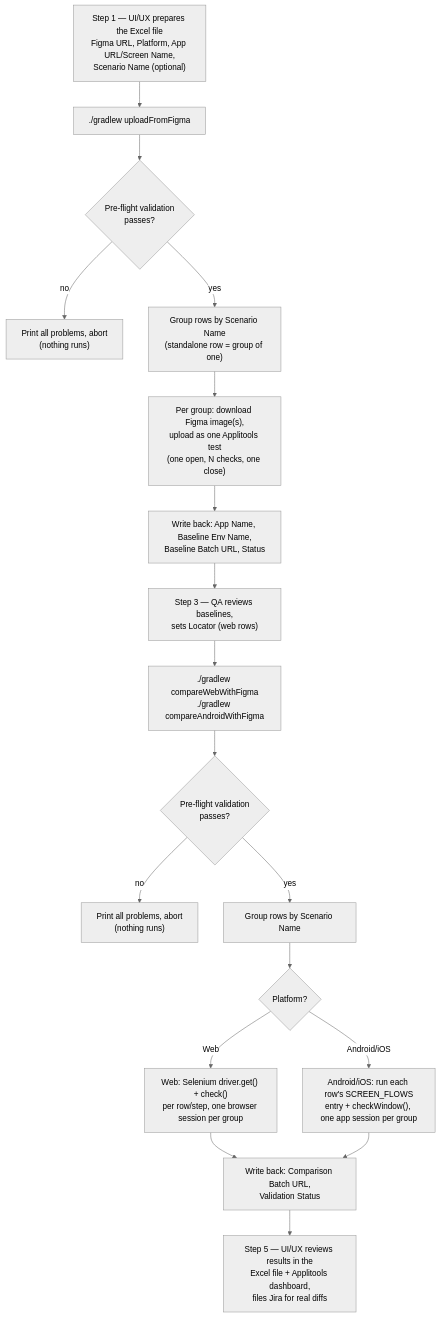
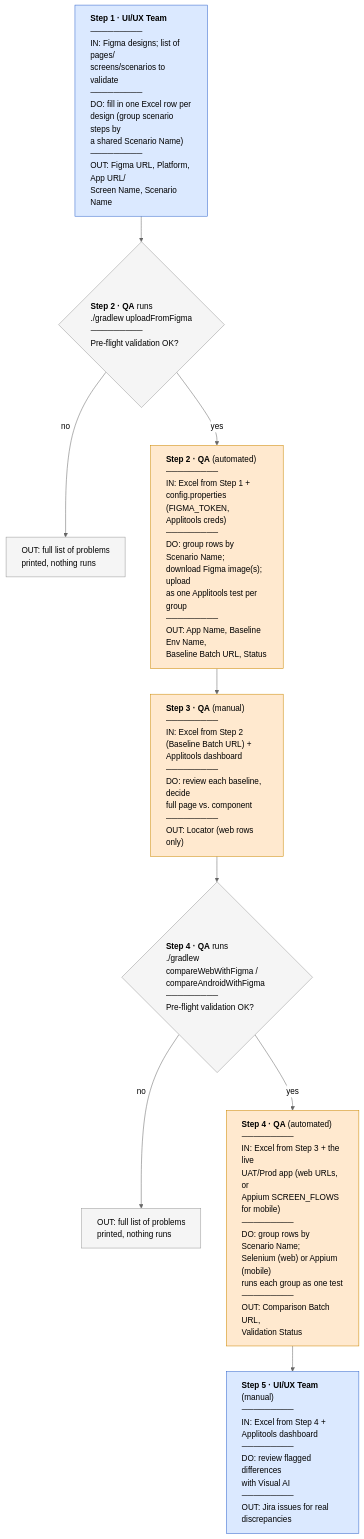
The diagram in README_FigmaVisualValidation.md (anandbagmar/figmacompare-sample), drawn with Mermaid (neutral theme) before and after one commit. The commit also changed other lines of this file, not shown here.

Commit message:
Show roles, inputs, and outputs per stage in the workflow diagram
Restructure the Mermaid flowchart in README_FigmaVisualValidation.md
so each stage explicitly separates IN/DO/OUT and is color-coded by
which role (UI/UX Team vs QA) is responsible for it.

````diff
--- a/README_FigmaVisualValidation.md
+++ b/README_FigmaVisualValidation.md
@@ -18,30 +21,31 @@
 ```mermaid
 flowchart TD
-    S1["Step 1 — UI/UX prepares the Excel file<br/>Figma URL, Platform, App URL/Screen Name,<br/>Scenario Name (optional)"]
-    S2run["./gradlew uploadFromFigma"]
-    V1{"Pre-flight validation<br/>passes?"}
-    V1fail["Print all problems, abort<br/>(nothing runs)"]
-    Group1["Group rows by Scenario Name<br/>(standalone row = group of one)"]
-    Upload["Per group: download Figma image(s),<br/>upload as one Applitools test<br/>(one open, N checks, one close)"]
-    Write1["Write back: App Name, Baseline Env Name,<br/>Baseline Batch URL, Status"]
-    S3["Step 3 — QA reviews baselines,<br/>sets Locator (web rows)"]
-    S4run["./gradlew compareWebWithFigma<br/>./gradlew compareAndroidWithFigma"]
-    V2{"Pre-flight validation<br/>passes?"}
-    V2fail["Print all problems, abort<br/>(nothing runs)"]
-    Group2["Group rows by Scenario Name"]
-    Platform{"Platform?"}
-    Web["Web: Selenium driver.get() + check()<br/>per row/step, one browser session per group"]
-    Mobile["Android/iOS: run each row's SCREEN_FLOWS<br/>entry + checkWindow(), one app session per group"]
-    Write2["Write back: Comparison Batch URL,<br/>Validation Status"]
-    S5["Step 5 — UI/UX reviews results in the<br/>Excel file + Applitools dashboard,<br/>files Jira for real diffs"]
+    classDef uiux fill:#dbe9ff,stroke:#3366cc,color:#000,text-align:left
+    classDef qa fill:#ffe9cf,stroke:#cc8800,color:#000,text-align:left
+    classDef gate fill:#f5f5f5,stroke:#999999,color:#000,text-align:left
 
-    S1 --> S2run --> V1
+    S1["<b>Step 1 · UI/UX Team</b><br/>─────────<br/>IN: Figma designs; list of pages/<br/>screens/scenarios to validate<br/>─────────<br/>DO: fill in one Excel row per<br/>design (group scenario steps by<br/>a shared Scenario Name)<br/>─────────<br/>OUT: Figma URL, Platform, App URL/<br/>Screen Name, Scenario Name"]
+
+    V1{"<b>Step 2 · QA</b> runs<br/>./gradlew uploadFromFigma<br/>─────────<br/>Pre-flight validation OK?"}
+    V1fail["OUT: full list of problems<br/>printed, nothing runs"]
+    Upload["<b>Step 2 · QA</b> (automated)<br/>─────────<br/>IN: Excel from Step 1 +<br/>config.properties (FIGMA_TOKEN,<br/>Applitools creds)<br/>─────────<br/>DO: group rows by Scenario Name;<br/>download Figma image(s); upload<br/>as one Applitools test per group<br/>─────────<br/>OUT: App Name, Baseline Env Name,<br/>Baseline Batch URL, Status"]
+
+    S3["<b>Step 3 · QA</b> (manual)<br/>─────────<br/>IN: Excel from Step 2<br/>(Baseline Batch URL) +<br/>Applitools dashboard<br/>─────────<br/>DO: review each baseline, decide<br/>full page vs. component<br/>─────────<br/>OUT: Locator (web rows only)"]
+
+    V2{"<b>Step 4 · QA</b> runs<br/>./gradlew compareWebWithFigma /<br/>compareAndroidWithFigma<br/>─────────<br/>Pre-flight validation OK?"}
+    V2fail["OUT: full list of problems<br/>printed, nothing runs"]
+    Compare["<b>Step 4 · QA</b> (automated)<br/>─────────<br/>IN: Excel from Step 3 + the live<br/>UAT/Prod app (web URLs, or<br/>Appium SCREEN_FLOWS for mobile)<br/>─────────<br/>DO: group rows by Scenario Name;<br/>Selenium (web) or Appium (mobile)<br/>runs each group as one test<br/>─────────<br/>OUT: Comparison Batch URL,<br/>Validation Status"]
+
+    S5["<b>Step 5 · UI/UX Team</b> (manual)<br/>─────────<br/>IN: Excel from Step 4 +<br/>Applitools dashboard<br/>─────────<br/>DO: review flagged differences<br/>with Visual AI<br/>─────────<br/>OUT: Jira issues for real<br/>discrepancies"]
+
+    S1 --> V1
     V1 -- no --> V1fail
-    V1 -- yes --> Group1 --> Upload --> Write1 --> S3
-    S3 --> S4run --> V2
+    V1 -- yes --> Upload --> S3
+    S3 --> V2
     V2 -- no --> V2fail
-    V2 -- yes --> Group2 --> Platform
-    Platform -- Web --> Web --> Write2
-    Platform -- Android/iOS --> Mobile --> Write2
-    Write2 --> S5
+    V2 -- yes --> Compare --> S5
+
+    class S1,S5 uiux
+    class Upload,S3,Compare qa
+    class V1,V1fail,V2,V2fail gate
 ```
````
